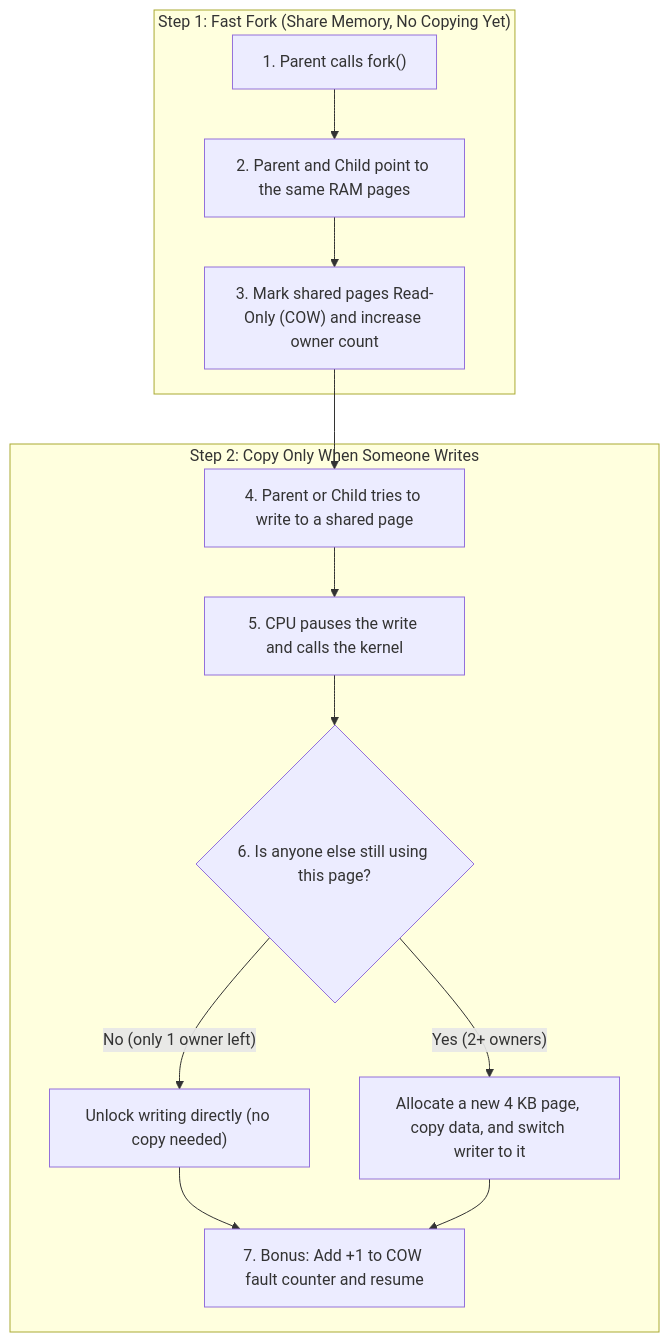
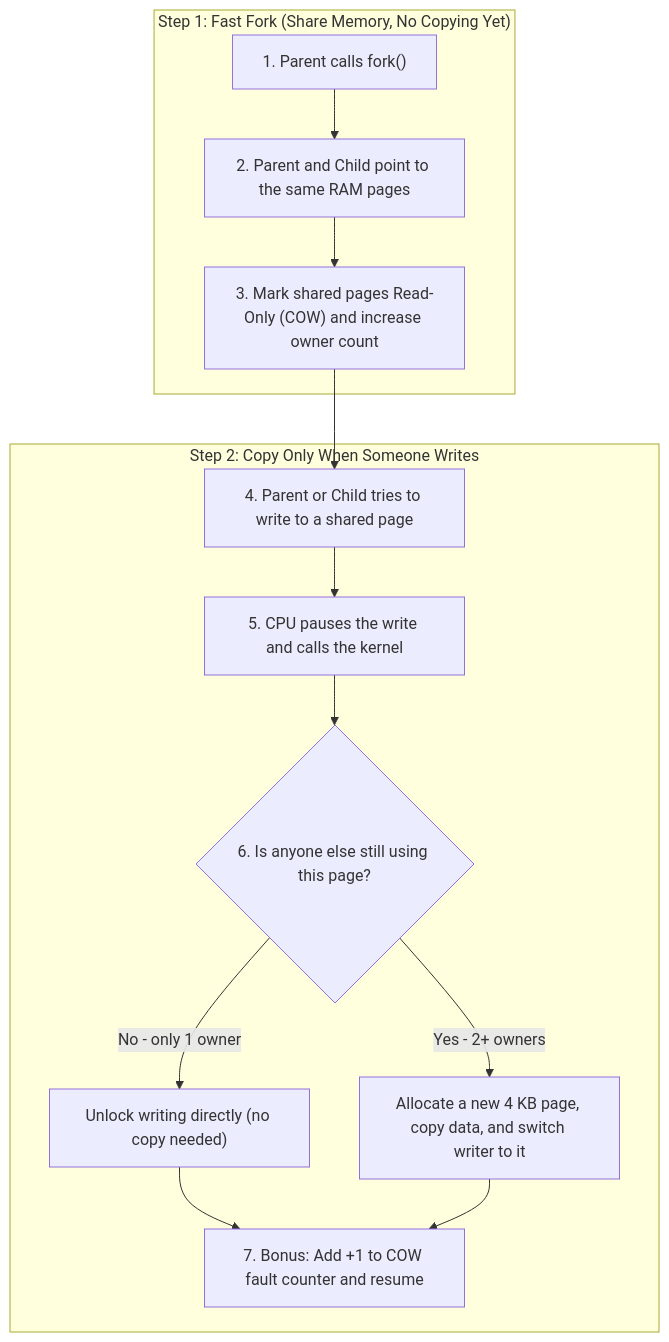
One commit to asbahkhan67-ctrl/xv6-riscv changed the fifth of 21 diagrams in README.md. Above: the diagram before and after it, drawn with Mermaid. The commit also changed other lines of this file and 167 other files, not shown here.

````diff
--- a/README.md
+++ b/README.md
@@ -430,18 +330,18 @@
 ```mermaid
 flowchart TD
     subgraph Step1["Step 1: Fast Fork (Share Memory, No Copying Yet)"]
         F1["1. Parent calls fork()"] --> F2["2. Parent and Child point to the same RAM pages"]
         F2 --> F3["3. Mark shared pages Read-Only (COW) and increase owner count"]
     end
 
     subgraph Step2["Step 2: Copy Only When Someone Writes"]
         W1["4. Parent or Child tries to write to a shared page"] --> W2["5. CPU pauses the write and calls the kernel"]
         W2 --> W3{"6. Is anyone else still using this page?"}
-        W3 -- "No (only 1 owner left)" --> W4["Unlock writing directly (no copy needed)"]
-        W3 -- "Yes (2+ owners)" --> W5["Allocate a new 4 KB page, copy data, and switch writer to it"]
+        W3 -->|No - only 1 owner| W4["Unlock writing directly (no copy needed)"]
+        W3 -->|Yes - 2+ owners| W5["Allocate a new 4 KB page, copy data, and switch writer to it"]
         W4 --> W6["7. Bonus: Add +1 to COW fault counter and resume"]
         W5 --> W6
     end
 
     F3 --> W1
 ```
````
